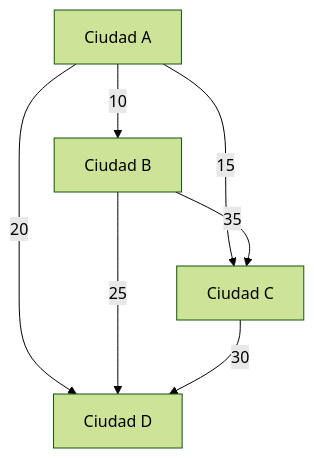
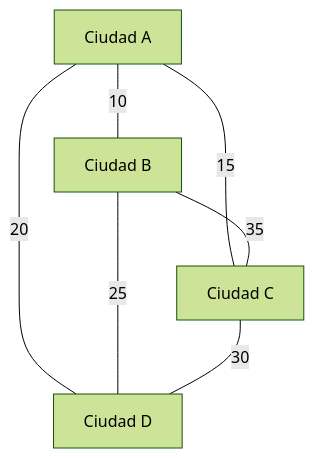
The diagram in public/documents/semester-2/3/2343.md (djaimej/computer-science-template), drawn with Mermaid (forest theme) before and after one commit. The commit also changed other lines of this file and 38 other files, not shown here.

````diff
--- a/public/documents/semester-2/3/2343.md
+++ b/public/documents/semester-2/3/2343.md
@@ -127,14 +136,14 @@
 ```mermaid
 graph TD
-    A[Ciudad A] -->|10| B[Ciudad B]
-    A -->|15| C[Ciudad C]
-    A -->|20| D[Ciudad D]
-    B -->|35| C
-    B -->|25| D
-    C -->|30| D
+    A[Ciudad A] ---|10| B[Ciudad B]
+    A ---|15| C[Ciudad C]
+    A ---|20| D[Ciudad D]
+    B ---|35| C
+    B ---|25| D
+    C ---|30| D
 
     A:::accent
     B:::accent
     C:::accent
     D:::accent
 ```
````
